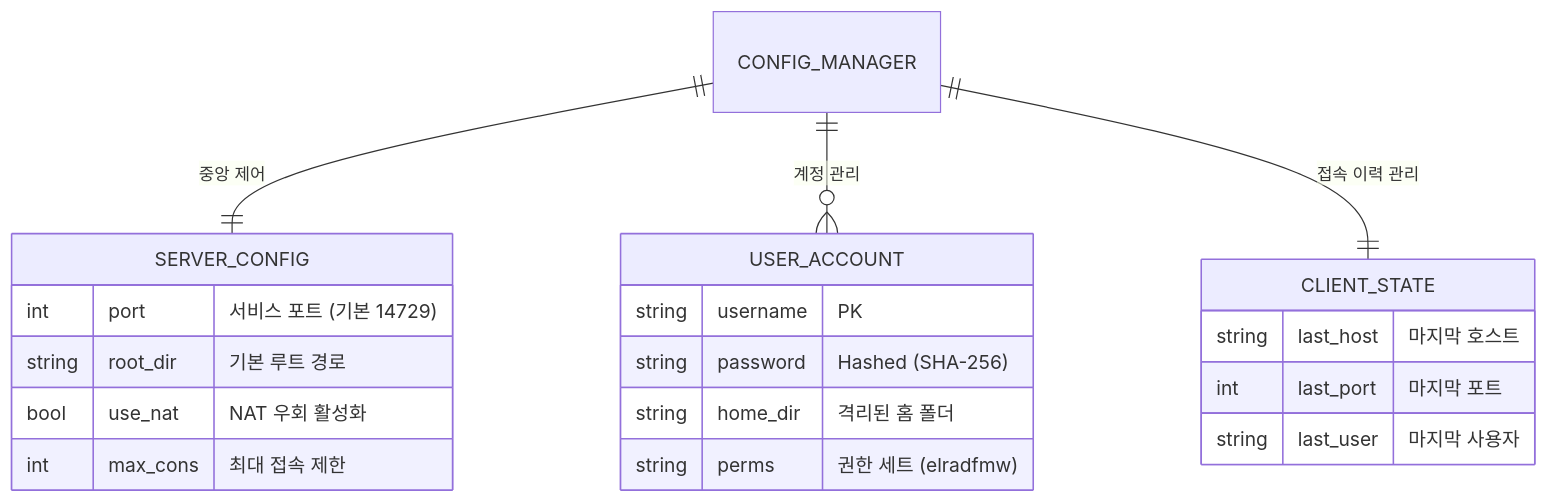
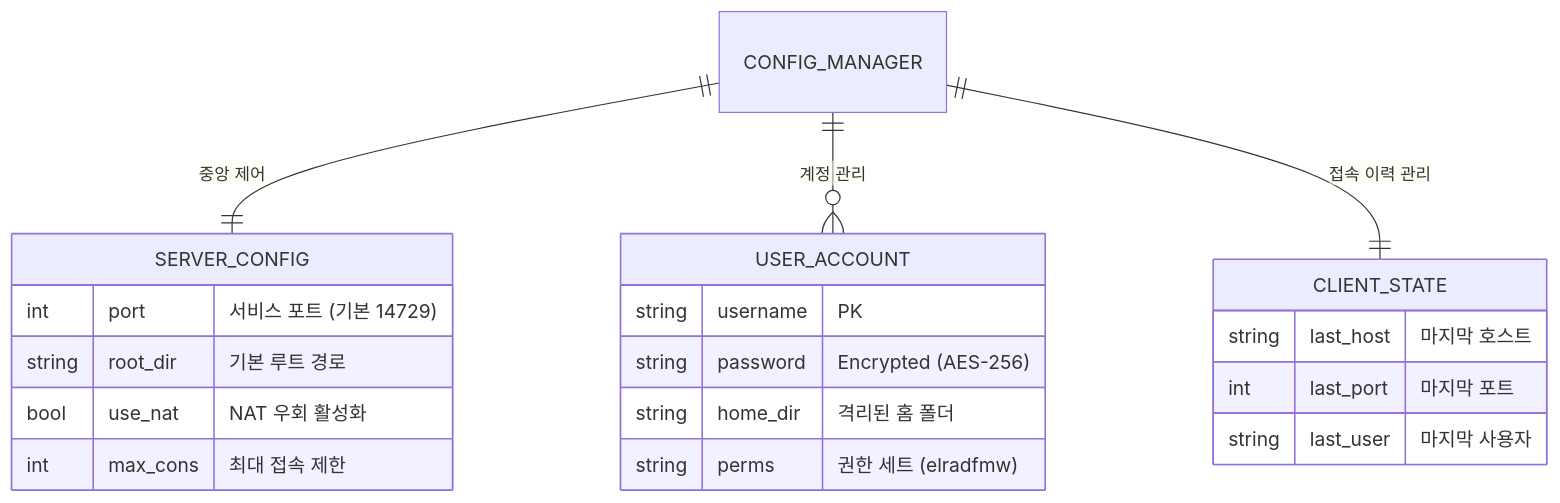
Before and after one commit to hslcrb/simftp: the first of 2 diagrams in README.md, drawn with Mermaid. The commit also changed other lines of this file, not shown here.

Commit message:
Docs: Update README with new Settings tab and AES encryption details

````diff
--- a/README.md
+++ b/README.md
@@ -12,26 +12,26 @@
 ```mermaid
 erDiagram
     CONFIG_MANAGER ||--|| SERVER_CONFIG : "중앙 제어"
     CONFIG_MANAGER ||--o{ USER_ACCOUNT : "계정 관리"
     CONFIG_MANAGER ||--|| CLIENT_STATE : "접속 이력 관리"
 
     SERVER_CONFIG {
         int port "서비스 포트 (기본 14729)"
         string root_dir "기본 루트 경로"
         bool use_nat "NAT 우회 활성화"
         int max_cons "최대 접속 제한"
     }
 
     USER_ACCOUNT {
         string username "PK"
-        string password "Hashed (SHA-256)"
+        string password "Encrypted (AES-256)"
         string home_dir "격리된 홈 폴더"
         string perms "권한 세트 (elradfmw)"
     }
 
     CLIENT_STATE {
         string last_host "마지막 호스트"
         int last_port "마지막 포트"
         string last_user "마지막 사용자"
     }
 ```
````
